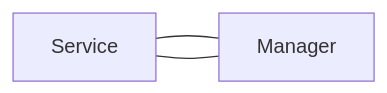
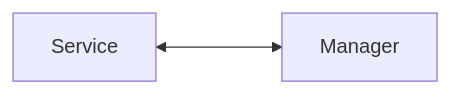
One commit to rsmp-nordic/core_v4 changed the second of 2 diagrams in node_and_modules.md. Above: the diagram before and after it, drawn with Mermaid.

````diff
--- a/node_and_modules.md
+++ b/node_and_modules.md
@@ -28,5 +28,4 @@
 ```mermaid
  graph LR;
-      A[Service]---B[Manager];
-      B[Manager]---A[Service];
+      A[Service]<--->B[Manager];
 ```
````
